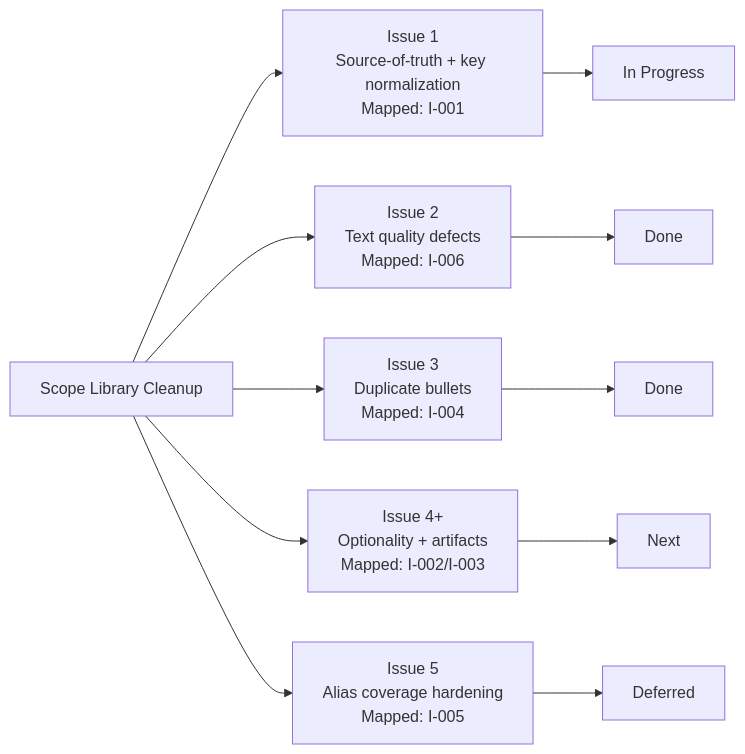
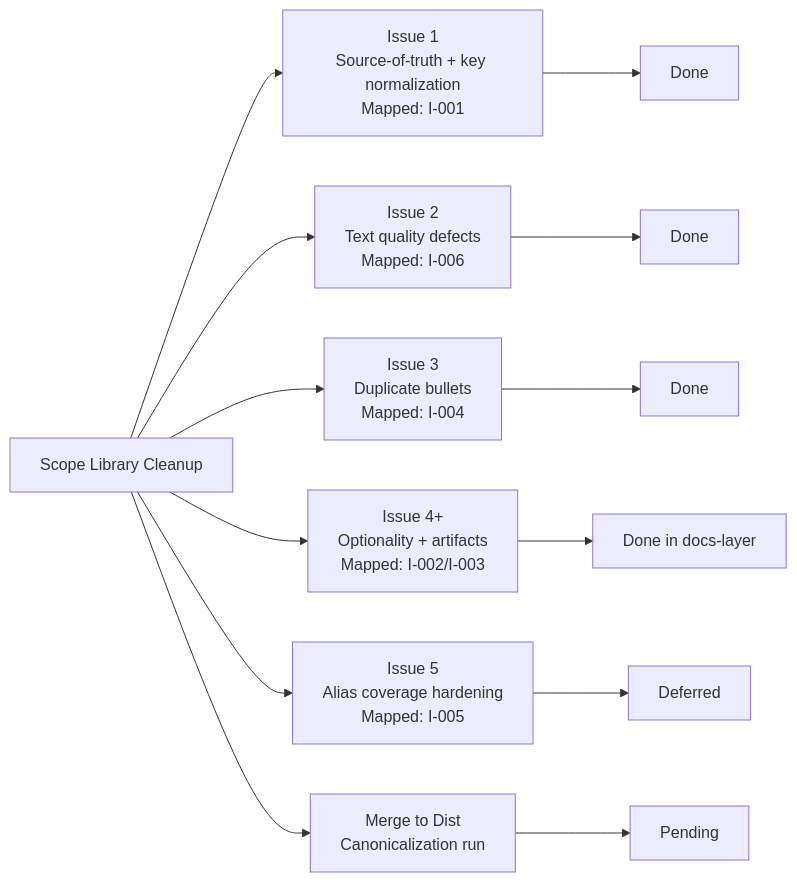
Before and after one commit to rishirsv/perks: the first of 5 diagrams in chatgpt/ts-eng-asst/docs/scope-library/issue-visualization.md, drawn with Mermaid. The commit also changed other lines of this file and 18 other files, not shown here.

````diff
--- a/chatgpt/ts-eng-asst/docs/scope-library/issue-visualization.md
+++ b/chatgpt/ts-eng-asst/docs/scope-library/issue-visualization.md
@@ -7,14 +7,16 @@
 ```mermaid
 flowchart LR
   A[Scope Library Cleanup] --> B[Issue 1<br/>Source-of-truth + key normalization<br/>Mapped: I-001]
   A --> C[Issue 2<br/>Text quality defects<br/>Mapped: I-006]
   A --> D[Issue 3<br/>Duplicate bullets<br/>Mapped: I-004]
   A --> E[Issue 4+<br/>Optionality + artifacts<br/>Mapped: I-002/I-003]
   A --> F[Issue 5<br/>Alias coverage hardening<br/>Mapped: I-005]
+  A --> G[Merge to Dist<br/>Canonicalization run]
 
-  B --> B1[In Progress]
+  B --> B1[Done]
   C --> C1[Done]
   D --> D1[Done]
-  E --> E1[Next]
+  E --> E1[Done in docs-layer]
   F --> F1[Deferred]
+  G --> G1[Pending]
 ```
````
